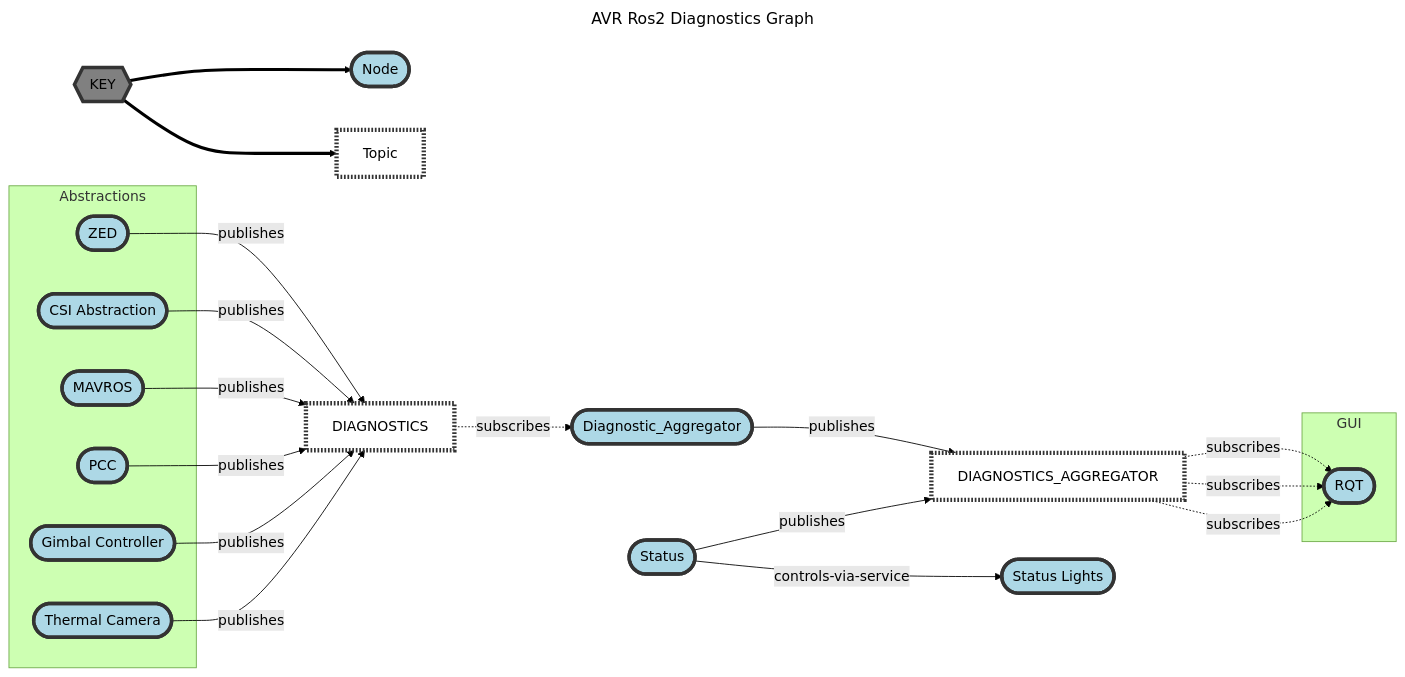
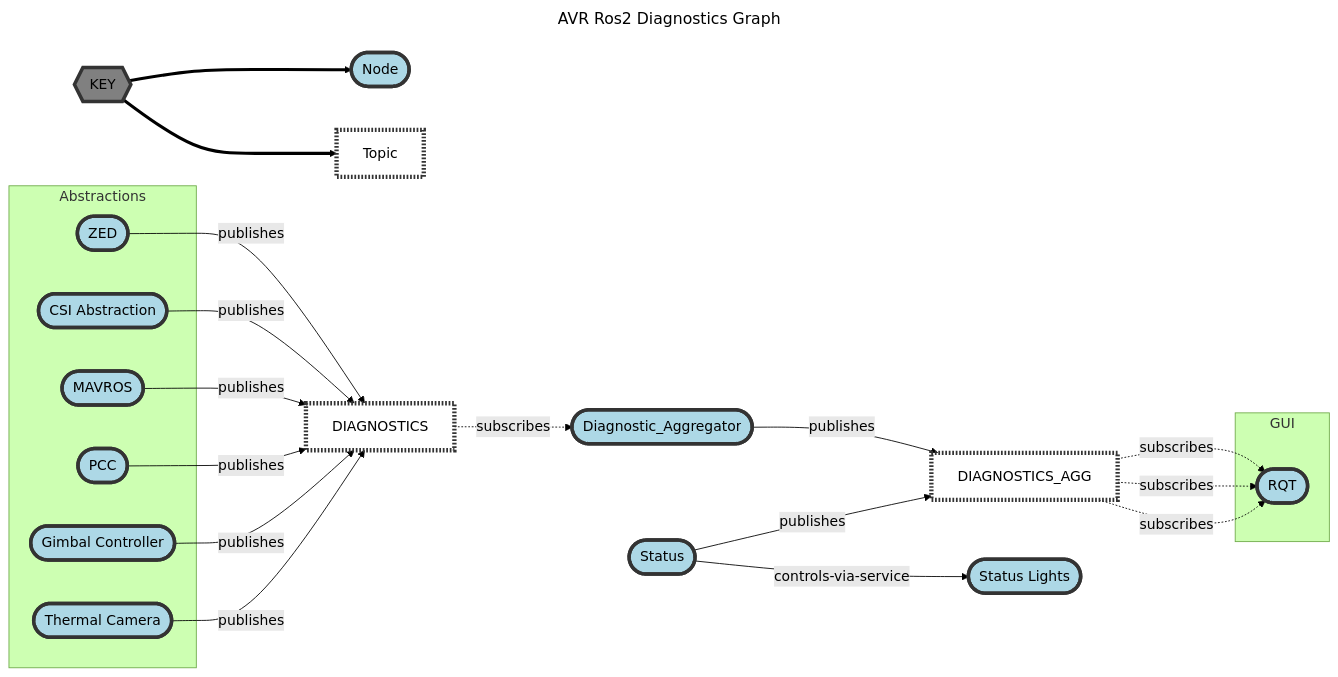
Before and after one commit to Daedalus-Robotics/avr_2023_documentation: the diagram in README.md, drawn with Mermaid (forest theme).

````diff
--- a/README.md
+++ b/README.md
@@ -1,53 +1,53 @@
 ```mermaid
 ---
 title: AVR Ros2 Diagnostics Graph
 ---
 flowchart LR
     
     classDef node fill:lightBlue,color:black,stroke:#333,stroke-width:4px
     classDef topic fill:white,color:black,stroke:#333,stroke-width:5px, stroke-dasharray: 2 2
 
     classDef key fill:gray,color:black,stroke:#333,stroke-width:4px
     
     legend{{KEY}}:::key==>i1([Node]):::node
     legend==>i2[Topic]:::topic
     
     diagnostics_topic[DIAGNOSTICS]:::topic
     diag_agg([Diagnostic_Aggregator])
-    diag_agg_topic[DIAGNOSTICS_AGGREGATOR]:::topic
+    diag_agg_topic[DIAGNOSTICS_AGG]:::topic
     status_node([Status])
     status_lights([Status Lights])
     RQT/GUI([RQT])
     
     zed([ZED])
     
    
     
     subgraph Abstractions 
         zed
         CSI_abs
         Mavros
         PCC
         gimcont
         themcam
     end
     
     subgraph GUI 
         RQT/GUI
     end
     
     zed --publishes-->diagnostics_topic
     CSI_abs([CSI Abstraction]) --publishes-->diagnostics_topic
     Mavros([MAVROS]) --publishes-->diagnostics_topic
     PCC([PCC]) --publishes-->diagnostics_topic
     gimcont([Gimbal Controller]) --publishes-->diagnostics_topic
     themcam([Thermal Camera]) --publishes-->diagnostics_topic
     diagnostics_topic -. subscribes .->diag_agg
     diag_agg --publishes-->diag_agg_topic
     status_node --publishes-->diag_agg_topic
     status_node --controls-via-service-->status_lights
     diag_agg_topic -. subscribes .-> RQT/GUI
     diag_agg_topic -. subscribes .-> RQT/GUI
     diag_agg_topic -. subscribes .-> RQT/GUI 
 
 ```
````
